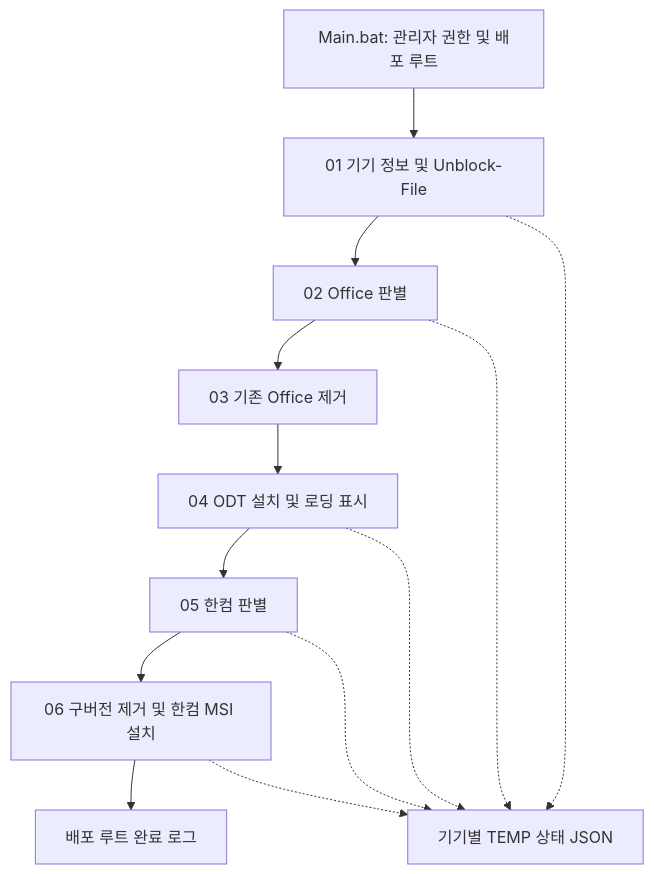
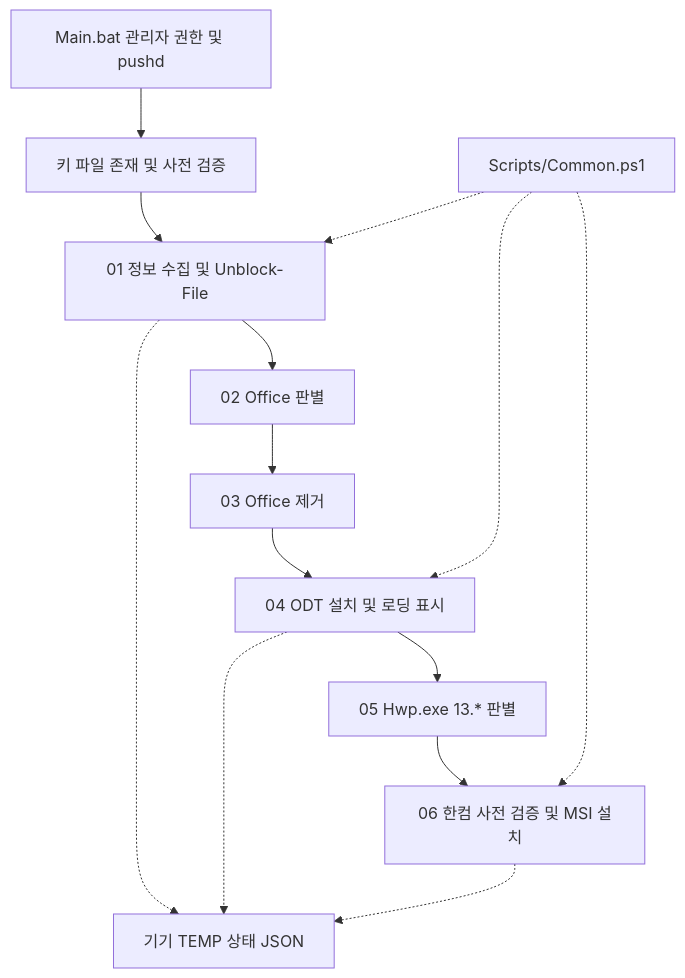
Before and after one commit to jobchoi/duct-tape: the diagram in docs/ARCHITECTURE.md, drawn with Mermaid. The commit also changed other lines of this file and 18 other files, not shown here.

````diff
--- a/docs/ARCHITECTURE.md
+++ b/docs/ARCHITECTURE.md
@@ -7,15 +5,16 @@
 ```mermaid
 flowchart TD
-    A[Main.bat: 관리자 권한 및 배포 루트] --> B[01 기기 정보 및 Unblock-File]
+    A[Main.bat 관리자 권한 및 pushd] --> K[키 파일 존재 및 사전 검증]
+    K --> B[01 정보 수집 및 Unblock-File]
     B --> C[02 Office 판별]
-    C --> D[03 기존 Office 제거]
+    C --> D[03 Office 제거]
     D --> E[04 ODT 설치 및 로딩 표시]
-    E --> F[05 한컴 판별]
-    F --> G[06 구버전 제거 및 한컴 MSI 설치]
-    G --> H[배포 루트 완료 로그]
-    B -.-> S[기기별 TEMP 상태 JSON]
-    C -.-> S
+    E --> F[05 Hwp.exe 13.* 판별]
+    F --> G[06 한컴 사전 검증 및 MSI 설치]
+    B -.-> S[기기 TEMP 상태 JSON]
     E -.-> S
-    F -.-> S
     G -.-> S
+    X[Scripts/Common.ps1] -.-> B
+    X -.-> E
+    X -.-> G
 ```
````
